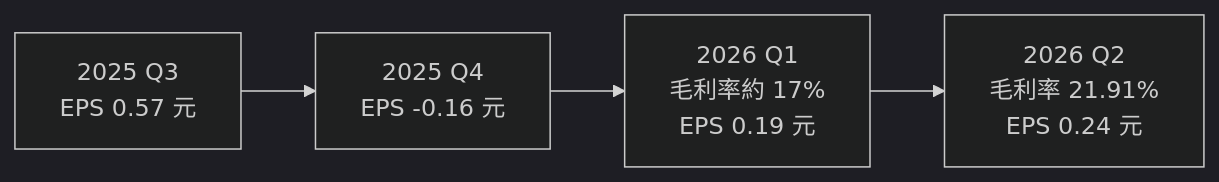
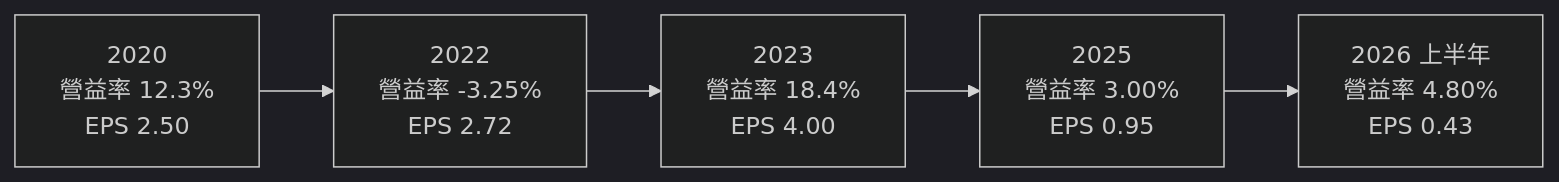
One commit to wangnick1004/taiwan-stock-vault changed the third of 4 diagrams in 個股/台股/1722台肥.md. Above: the diagram before and after it, drawn with Mermaid (dark theme). The commit also changed other lines of this file and 27 other files, not shown here.

````diff
--- a/個股/台股/1722台肥.md
+++ b/個股/台股/1722台肥.md
@@ -140,4 +145,4 @@
 ```mermaid
 flowchart LR
-    Q3["2025 Q3<br/>EPS 0.57 元"] --> Q4["2025 Q4<br/>EPS -0.16 元"] --> Q1["2026 Q1<br/>毛利率約 17%<br/>EPS 0.19 元"] --> Q2["2026 Q2<br/>毛利率 21.91%<br/>EPS 0.24 元"]
+    Y20["2020<br/>營益率 12.3%<br/>EPS 2.50"] --> Y22["2022<br/>營益率 -3.25%<br/>EPS 2.72"] --> Y23["2023<br/>營益率 18.4%<br/>EPS 4.00"] --> Y25["2025<br/>營益率 3.00%<br/>EPS 0.95"] --> H26["2026 上半年<br/>營益率 4.80%<br/>EPS 0.43"]
 ```
````
